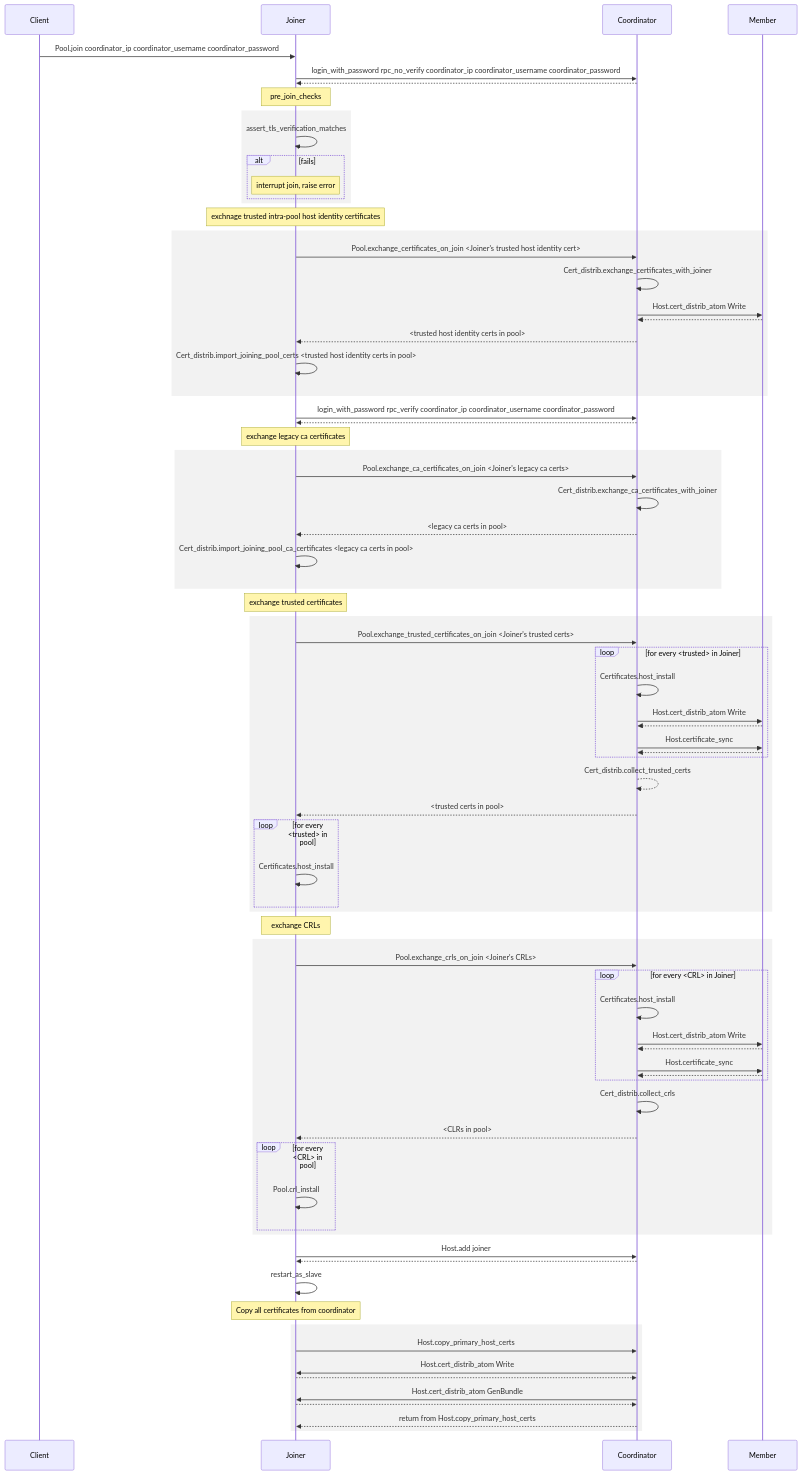
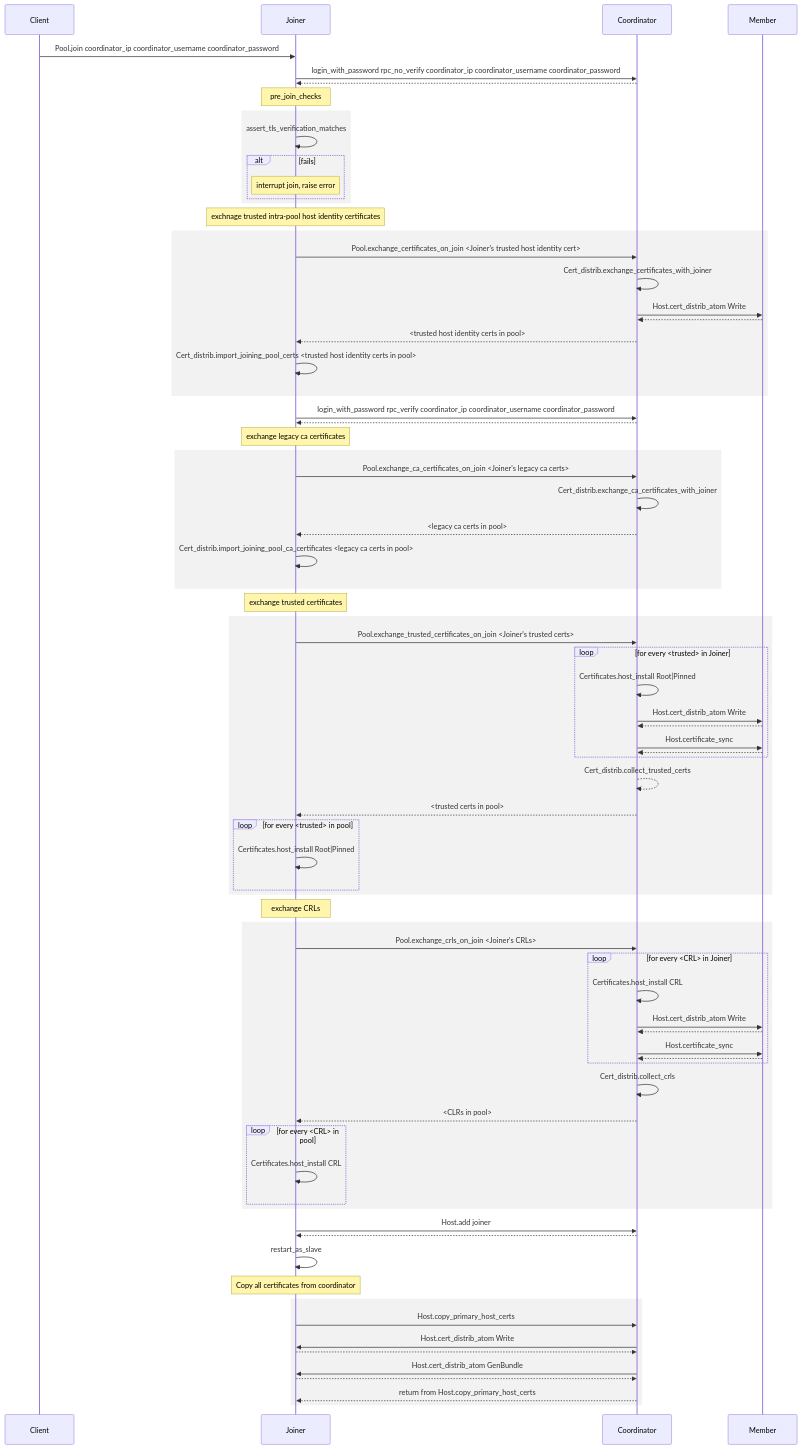
The diagram in doc/content/design/pool-certificates.md (xapi-project/xen-api), drawn with Mermaid before and after one commit.

Commit message:
fixup! fixup! fixup! [doc] Update how to handle trusted certificates when pool.join

```diff
--- a/doc/content/design/pool-certificates.md
+++ b/doc/content/design/pool-certificates.md
@@ -198,7 +198,7 @@
 rect rgba(0,0,0,0.05)
 join->>coor: Pool.exchange_trusted_certificates_on_join <Joiner's trusted certs>
 loop for every <trusted> in Joiner
-coor->>coor: Certificates.host_install
+coor->>coor: Certificates.host_install Root|Pinned
 coor->>memb: Host.cert_distrib_atom Write
 memb-->>coor:
 coor->>memb: Host.certificate_sync
@@ -207,7 +207,7 @@
 coor-->>coor: Cert_distrib.collect_trusted_certs
 coor-->>join: <trusted certs in pool>
 loop for every <trusted> in pool
-join->>join: Certificates.host_install
+join->>join: Certificates.host_install Root|Pinned
 end
 end
 
@@ -215,7 +215,7 @@
 rect rgba(0,0,0,0.05)
 join->>coor: Pool.exchange_crls_on_join <Joiner's CRLs>
 loop for every <CRL> in Joiner
-coor->>coor: Certificates.host_install
+coor->>coor: Certificates.host_install CRL
 coor->>memb: Host.cert_distrib_atom Write
 memb-->>coor:
 coor->>memb: Host.certificate_sync
@@ -224,7 +224,7 @@
 coor->>coor: Cert_distrib.collect_crls
 coor-->>join: <CLRs in pool>
 loop for every <CRL> in pool
-join->>join: Pool.crl_install
+join->>join: Certificates.host_install CRL
 end
 end
 
```
